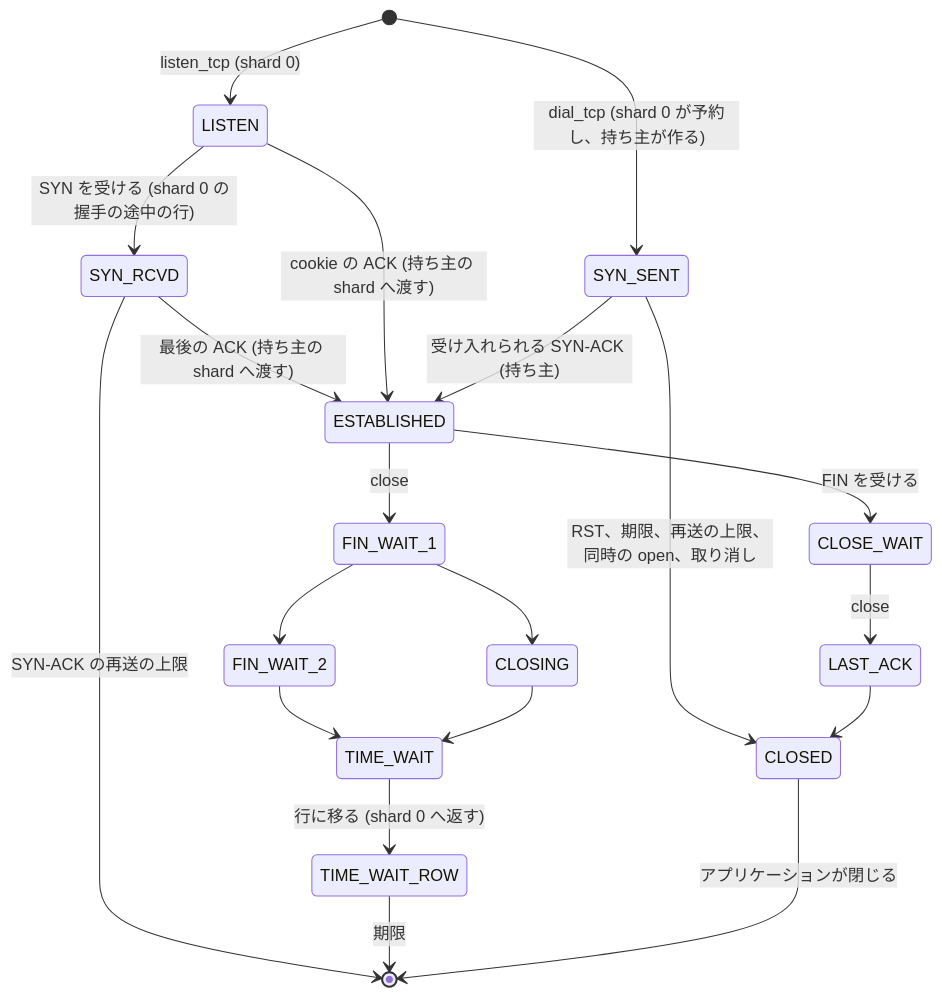
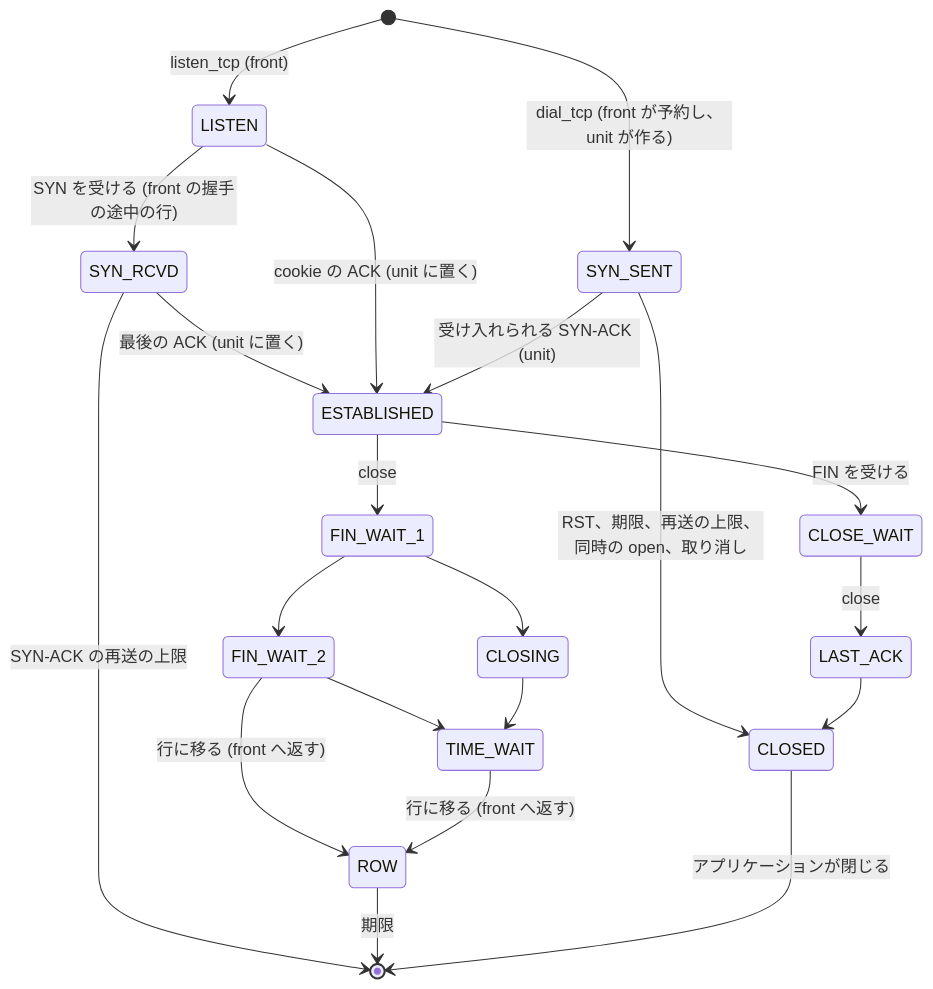
Before and after one commit to rahanahu/wgft: the second of 2 diagrams in docs/design/proposals/parallel-engine/api.md, drawn with Mermaid. The commit also changed other lines of this file and 6 other files, not shown here.

````diff
--- a/docs/design/proposals/parallel-engine/api.md
+++ b/docs/design/proposals/parallel-engine/api.md
@@ -148,22 +136,23 @@
 ```mermaid
 stateDiagram-v2
-  [*] --> LISTEN: listen_tcp (shard 0)
-  [*] --> SYN_SENT: dial_tcp (shard 0 が予約し、持ち主が作る)
-  LISTEN --> SYN_RCVD: SYN を受ける (shard 0 の握手の途中の行)
-  SYN_RCVD --> ESTABLISHED: 最後の ACK (持ち主の shard へ渡す)
-  LISTEN --> ESTABLISHED: cookie の ACK (持ち主の shard へ渡す)
-  SYN_SENT --> ESTABLISHED: 受け入れられる SYN-ACK (持ち主)
+  [*] --> LISTEN: listen_tcp (front)
+  [*] --> SYN_SENT: dial_tcp (front が予約し、unit が作る)
+  LISTEN --> SYN_RCVD: SYN を受ける (front の握手の途中の行)
+  SYN_RCVD --> ESTABLISHED: 最後の ACK (unit に置く)
+  LISTEN --> ESTABLISHED: cookie の ACK (unit に置く)
+  SYN_SENT --> ESTABLISHED: 受け入れられる SYN-ACK (unit)
   SYN_SENT --> CLOSED: RST、期限、再送の上限、同時の open、取り消し
   SYN_RCVD --> [*]: SYN-ACK の再送の上限
   ESTABLISHED --> FIN_WAIT_1: close
   ESTABLISHED --> CLOSE_WAIT: FIN を受ける
   FIN_WAIT_1 --> FIN_WAIT_2
   FIN_WAIT_1 --> CLOSING
   FIN_WAIT_2 --> TIME_WAIT
+  FIN_WAIT_2 --> ROW: 行に移る (front へ返す)
   CLOSING --> TIME_WAIT
   CLOSE_WAIT --> LAST_ACK: close
   LAST_ACK --> CLOSED
-  TIME_WAIT --> TIME_WAIT_ROW: 行に移る (shard 0 へ返す)
-  TIME_WAIT_ROW --> [*]: 期限
+  TIME_WAIT --> ROW: 行に移る (front へ返す)
+  ROW --> [*]: 期限
   CLOSED --> [*]: アプリケーションが閉じる
 ```
````
